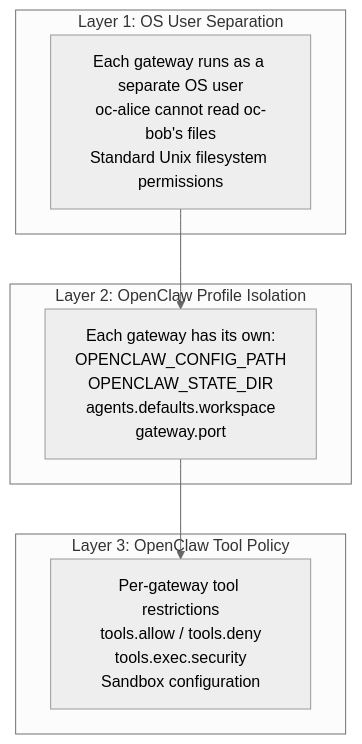
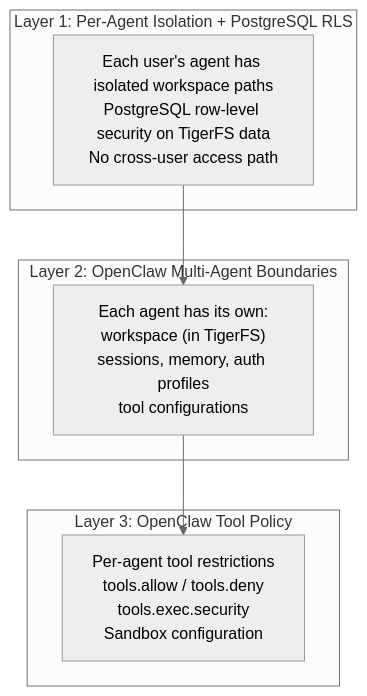
One commit to 1qh/claw changed the second of 5 diagrams in brainstorm/architecture.md. Above: the diagram before and after it, drawn with Mermaid (neutral theme). The commit also changed other lines of this file and 12 other files, not shown here.

Commit message:
Major architecture revision: multi-agent per gateway, fully stateless via TigerFS, 500-1000 gateways for 10K users

````diff
--- a/brainstorm/architecture.md
+++ b/brainstorm/architecture.md
@@ -75,16 +71,16 @@
 ```mermaid
 graph TB
-    subgraph "Layer 1: OS User Separation"
-        A["Each gateway runs as a separate OS user<br/>oc-alice cannot read oc-bob's files<br/>Standard Unix filesystem permissions"]
+    subgraph "Layer 1: Per-Agent Isolation + PostgreSQL RLS"
+        A["Each user's agent has isolated workspace paths<br/>PostgreSQL row-level security on TigerFS data<br/>No cross-user access path"]
     end
 
-    subgraph "Layer 2: OpenClaw Profile Isolation"
-        B["Each gateway has its own:<br/>OPENCLAW_CONFIG_PATH<br/>OPENCLAW_STATE_DIR<br/>agents.defaults.workspace<br/>gateway.port"]
+    subgraph "Layer 2: OpenClaw Multi-Agent Boundaries"
+        B["Each agent has its own:<br/>workspace (in TigerFS)<br/>sessions, memory, auth profiles<br/>tool configurations"]
     end
 
     subgraph "Layer 3: OpenClaw Tool Policy"
-        C["Per-gateway tool restrictions<br/>tools.allow / tools.deny<br/>tools.exec.security<br/>Sandbox configuration"]
+        C["Per-agent tool restrictions<br/>tools.allow / tools.deny<br/>tools.exec.security<br/>Sandbox configuration"]
     end
 
     A --> B --> C
 ```
````
